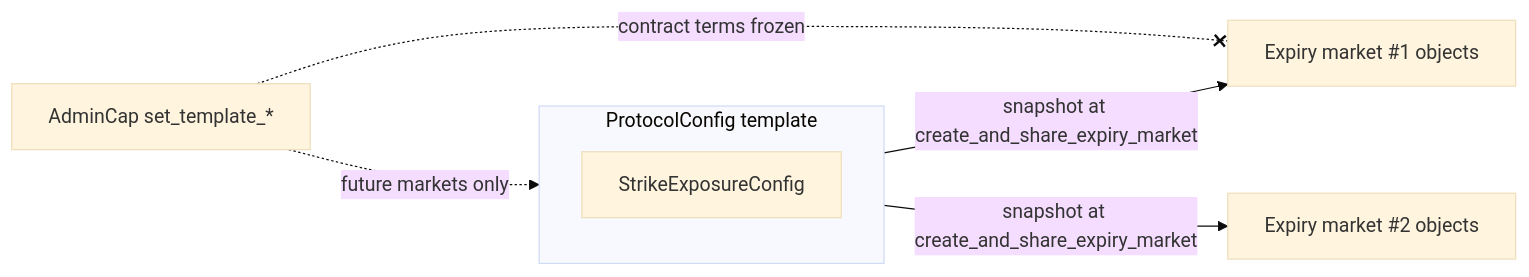
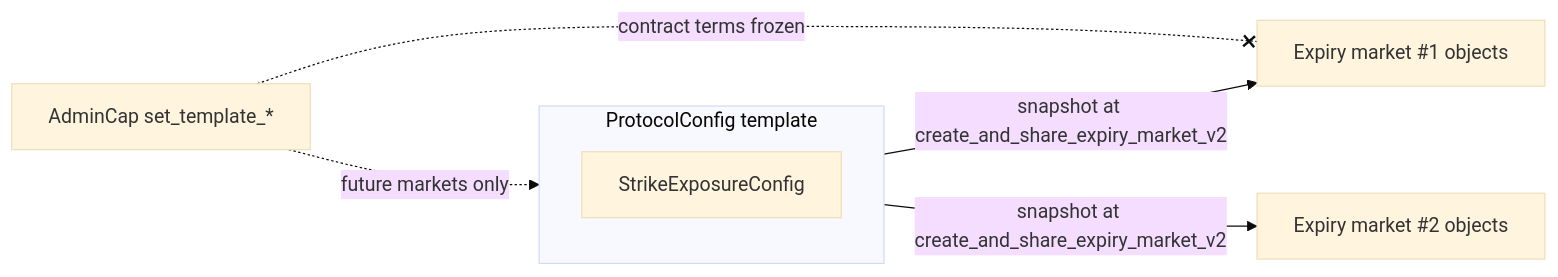
Before and after one commit to MystenLabs/deepbookv3: the diagram in packages/predict/docs/design/configuration.md, drawn with Mermaid (base theme). The commit also changed other lines of this file and 18 other files, not shown here.

````diff
--- a/packages/predict/docs/design/configuration.md
+++ b/packages/predict/docs/design/configuration.md
@@ -43,10 +43,10 @@
 ```mermaid
 flowchart LR
     subgraph PC[ProtocolConfig template]
       SEC[StrikeExposureConfig]
     end
-    PC -- snapshot at create_and_share_expiry_market --> M1[Expiry market #1 objects]
-    PC -- snapshot at create_and_share_expiry_market --> M2[Expiry market #2 objects]
+    PC -- snapshot at create_and_share_expiry_market_v2 --> M1[Expiry market #1 objects]
+    PC -- snapshot at create_and_share_expiry_market_v2 --> M2[Expiry market #2 objects]
     admin[AdminCap set_template_*] -. future markets only .-> PC
     admin -. contract terms frozen .-x M1
 ```
````
